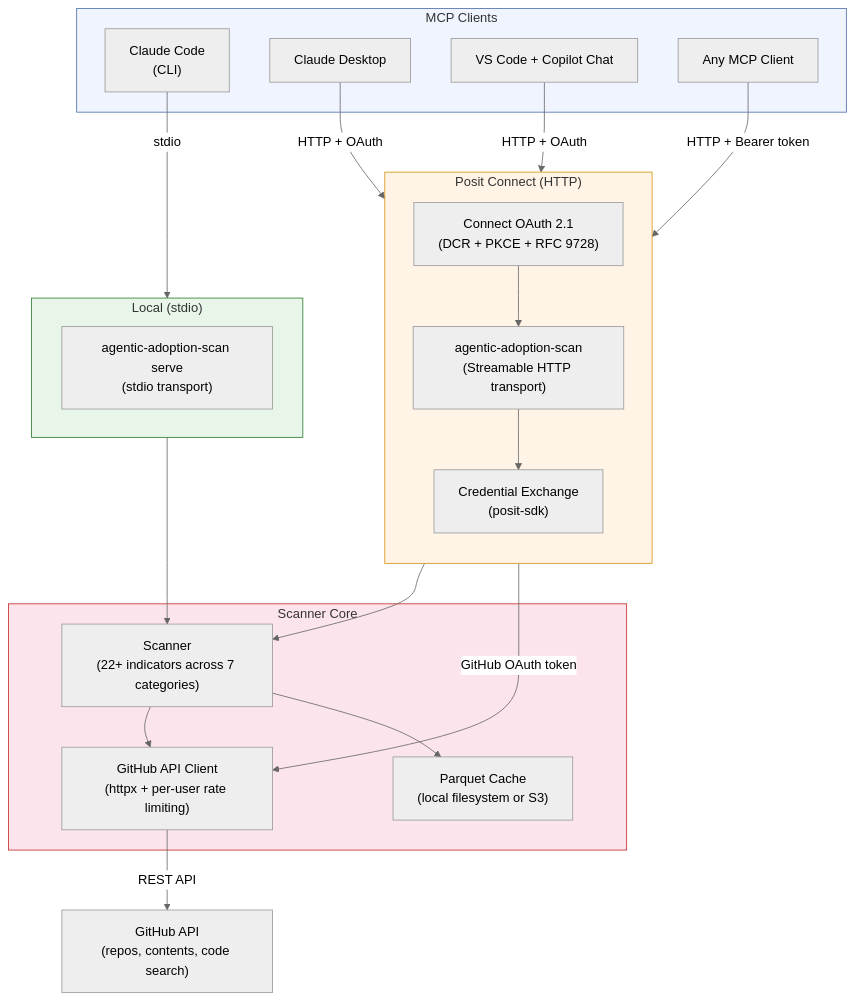
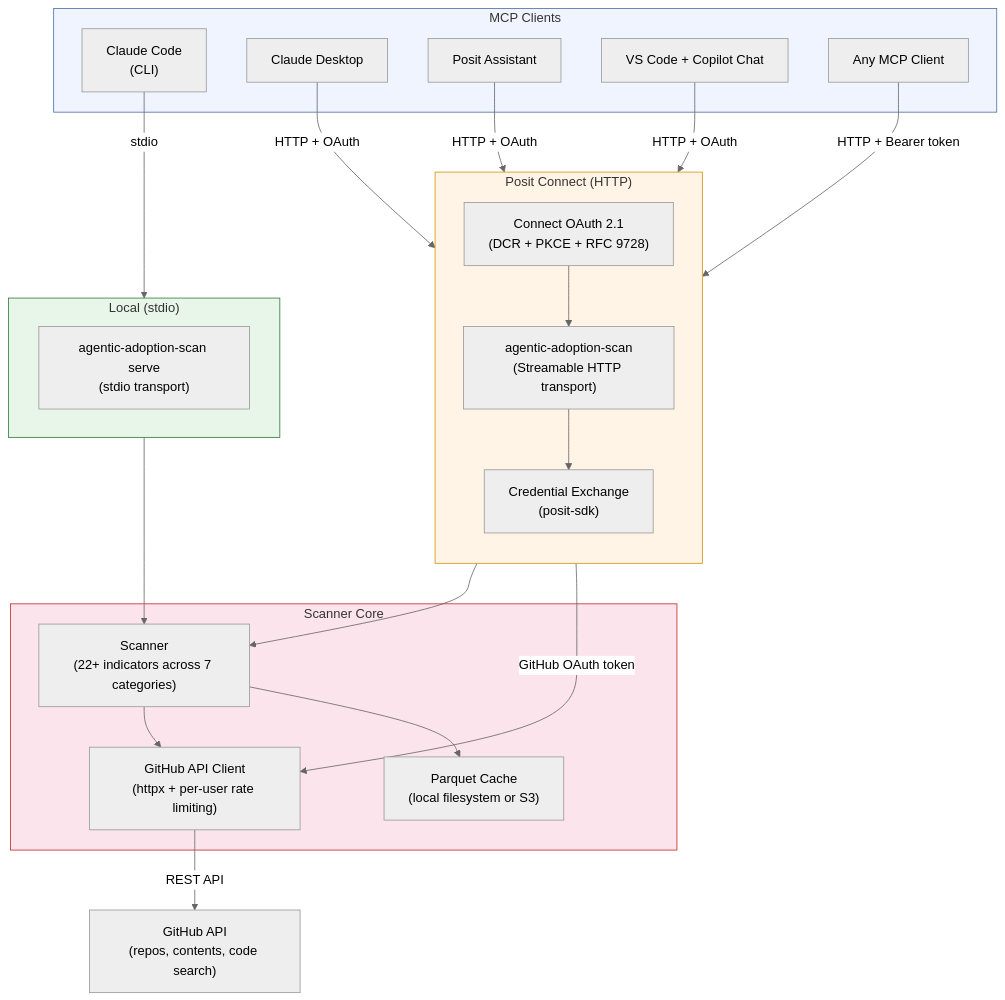
One commit to posit-dev/agentic-adoption-scan changed the diagram in README.md. Above: the diagram before and after it, drawn with Mermaid (neutral theme).

Commit message:
docs: add Posit Assistant to architecture diagram

````diff
--- a/README.md
+++ b/README.md
@@ -13,46 +13,48 @@
 ```mermaid
 graph TB
     subgraph clients["MCP Clients"]
         CC["Claude Code<br/>(CLI)"]
         CD["Claude Desktop"]
+        PA["Posit Assistant"]
         VS["VS Code + Copilot Chat"]
         Other["Any MCP Client"]
     end
 
     subgraph local["Local (stdio)"]
         direction LR
         STDIO["agentic-adoption-scan serve<br/>(stdio transport)"]
     end
 
     subgraph connect["Posit Connect (HTTP)"]
         direction TB
         OAUTH["Connect OAuth 2.1<br/>(DCR + PKCE + RFC 9728)"]
         APP["agentic-adoption-scan<br/>(Streamable HTTP transport)"]
         CRED["Credential Exchange<br/>(posit-sdk)"]
         OAUTH --> APP
         APP --> CRED
     end
 
     subgraph core["Scanner Core"]
         GH_CLIENT["GitHub API Client<br/>(httpx + per-user rate limiting)"]
         SCANNER["Scanner<br/>(22+ indicators across 7 categories)"]
         CACHE["Parquet Cache<br/>(local filesystem or S3)"]
         SCANNER --> GH_CLIENT
         SCANNER --> CACHE
     end
 
     CC -->|"stdio"| STDIO
     CD -->|"HTTP + OAuth"| OAUTH
+    PA -->|"HTTP + OAuth"| OAUTH
     VS -->|"HTTP + OAuth"| OAUTH
     Other -->|"HTTP + Bearer token"| APP
 
     STDIO --> SCANNER
     APP --> SCANNER
     CRED -->|"GitHub OAuth token"| GH_CLIENT
     GH_CLIENT -->|"REST API"| GITHUB["GitHub API<br/>(repos, contents, code search)"]
 
     style clients fill:#f0f4ff,stroke:#4a6fa5
     style connect fill:#fff4e6,stroke:#d4930d
     style local fill:#e8f5e9,stroke:#2e7d32
     style core fill:#fce4ec,stroke:#c62828
 ```
````
